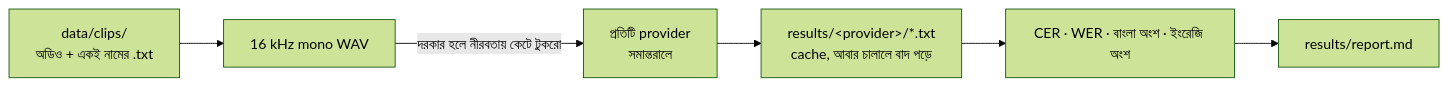
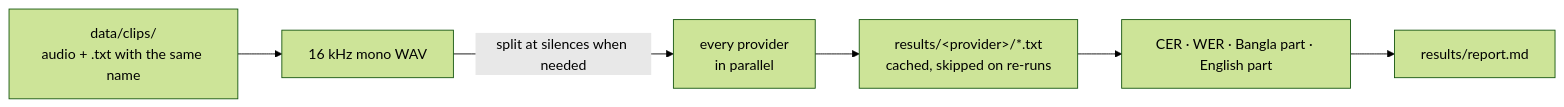
One commit to mirsabbir/anymeet changed the diagram in benchmark/README.md. Above: the diagram before and after it, drawn with Mermaid (forest theme). The commit also changed other lines of this file and 3 other files, not shown here.

````diff
--- a/benchmark/README.md
+++ b/benchmark/README.md
@@ -5,8 +5,8 @@
 ```mermaid
 flowchart LR
-    A[data/clips/<br/>অডিও + একই নামের .txt] --> B[16 kHz mono WAV]
-    B -->|দরকার হলে নীরবতায় কেটে টুকরো| C[প্রতিটি provider<br/>সমান্তরালে]
-    C --> D[results/&lt;provider&gt;/*.txt<br/>cache, আবার চালালে বাদ পড়ে]
-    D --> E[CER · WER · বাংলা অংশ · ইংরেজি অংশ]
+    A[data/clips/<br/>audio + .txt with the same name] --> B[16 kHz mono WAV]
+    B -->|split at silences when needed| C[every provider<br/>in parallel]
+    C --> D[results/&lt;provider&gt;/*.txt<br/>cached, skipped on re-runs]
+    D --> E[CER · WER · Bangla part · English part]
     E --> F[results/report.md]
 ```
````
